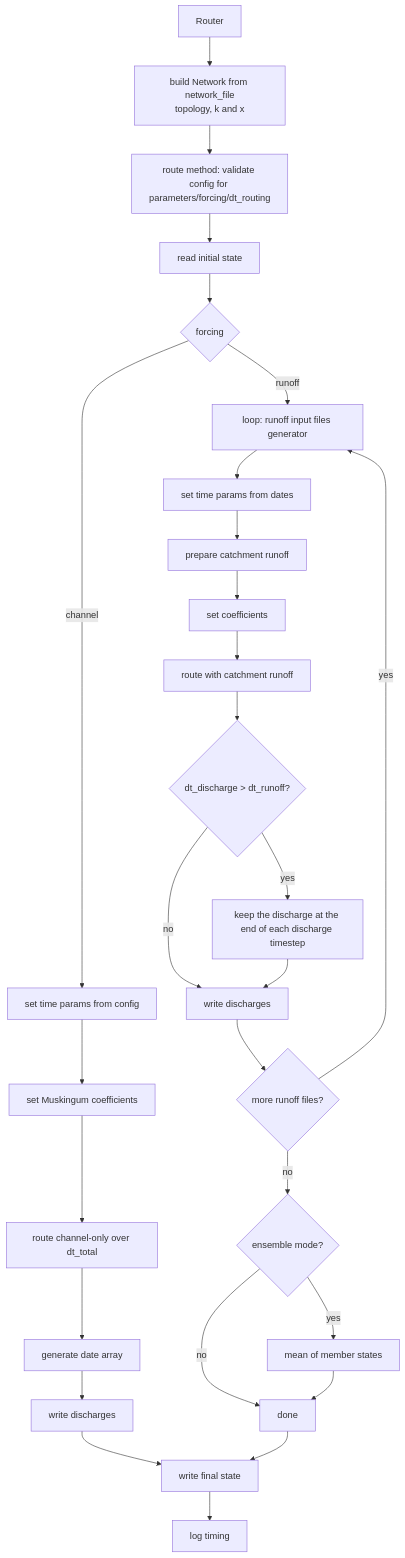
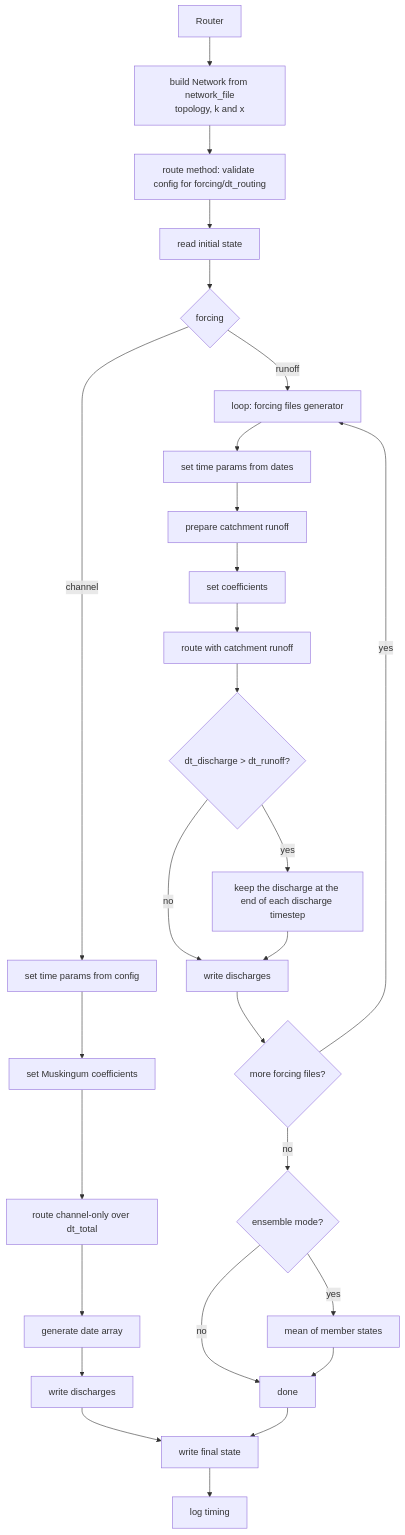
One commit to rileyhales/river-route changed the diagram in docs/tutorial/advanced.md. Above: the diagram before and after it, drawn with Mermaid. The commit also changed other lines of this file and 62 other files, not shown here.

````diff
--- a/docs/tutorial/advanced.md
+++ b/docs/tutorial/advanced.md
@@ -3,33 +3,33 @@
 ```mermaid
 graph TD
     A[Router] --> C[build Network from network_file<br/>topology, k and x]
-    C --> B[route method: validate config for parameters/forcing/dt_routing]
+    C --> B[route method: validate config for forcing/dt_routing]
     B --> D[read initial state]
     D --> E{forcing}
 
     E -->|channel| F[set time params from config]
     F --> G[set Muskingum coefficients]
     G --> H[route channel-only over dt_total]
     H --> I[generate date array]
     I --> J[write discharges]
 
-    E -->|runoff| K[loop: runoff input files generator]
+    E -->|runoff| K[loop: forcing files generator]
     K --> L[set time params from dates]
     L --> M[prepare catchment runoff]
     M --> N[set coefficients]
     N --> O[route with catchment runoff]
     O --> P{dt_discharge > dt_runoff?}
     P -->|yes| Q[keep the discharge at the end of each discharge timestep]
     P -->|no| R[write discharges]
     Q --> R
-    R --> S{more runoff files?}
+    R --> S{more forcing files?}
     S -->|yes| K
     S -->|no| T{ensemble mode?}
     T -->|yes| U[mean of member states]
     T -->|no| V[done]
     U --> V
 
     J --> W[write final state]
     V --> W
     W --> X[log timing]
 ```
````
